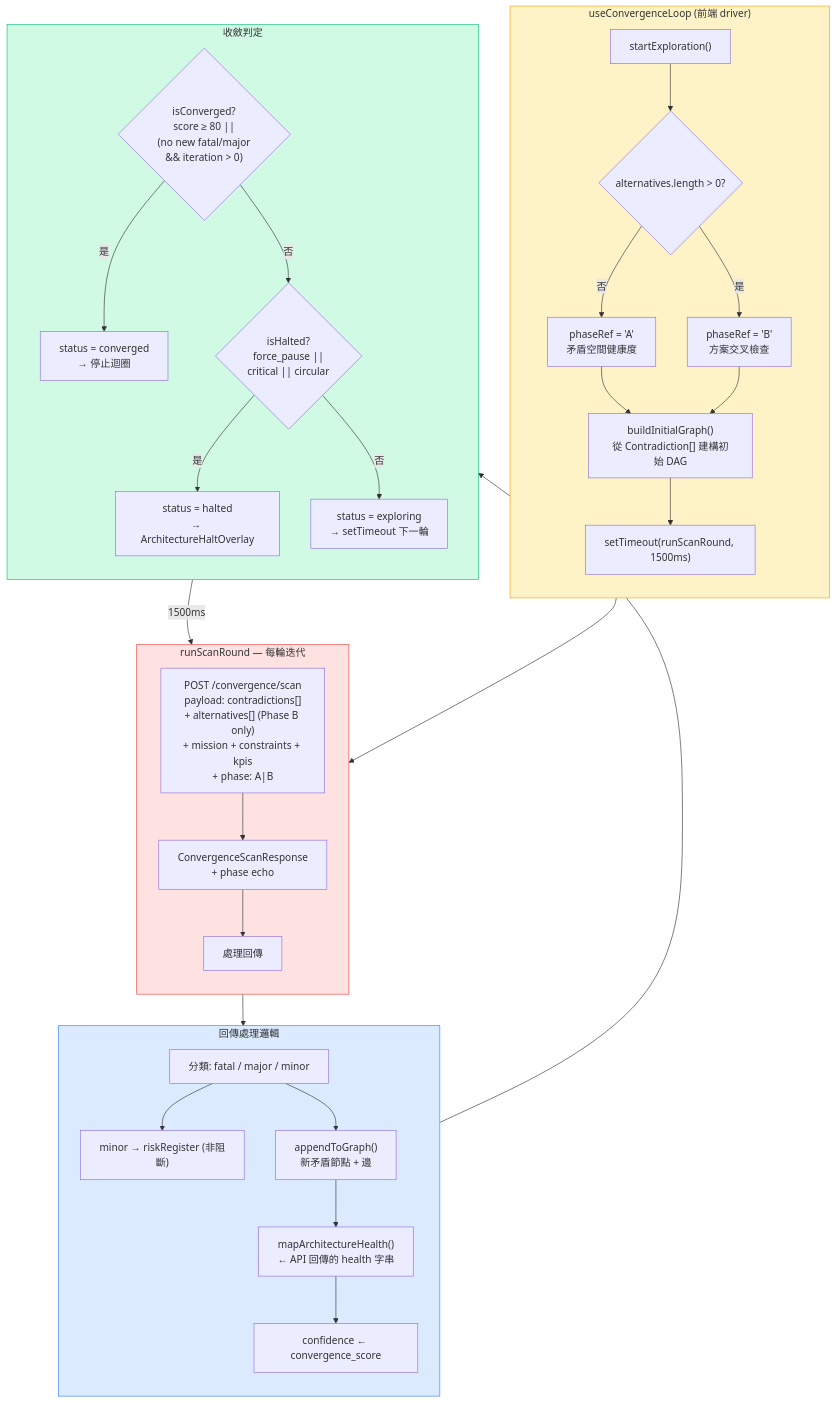
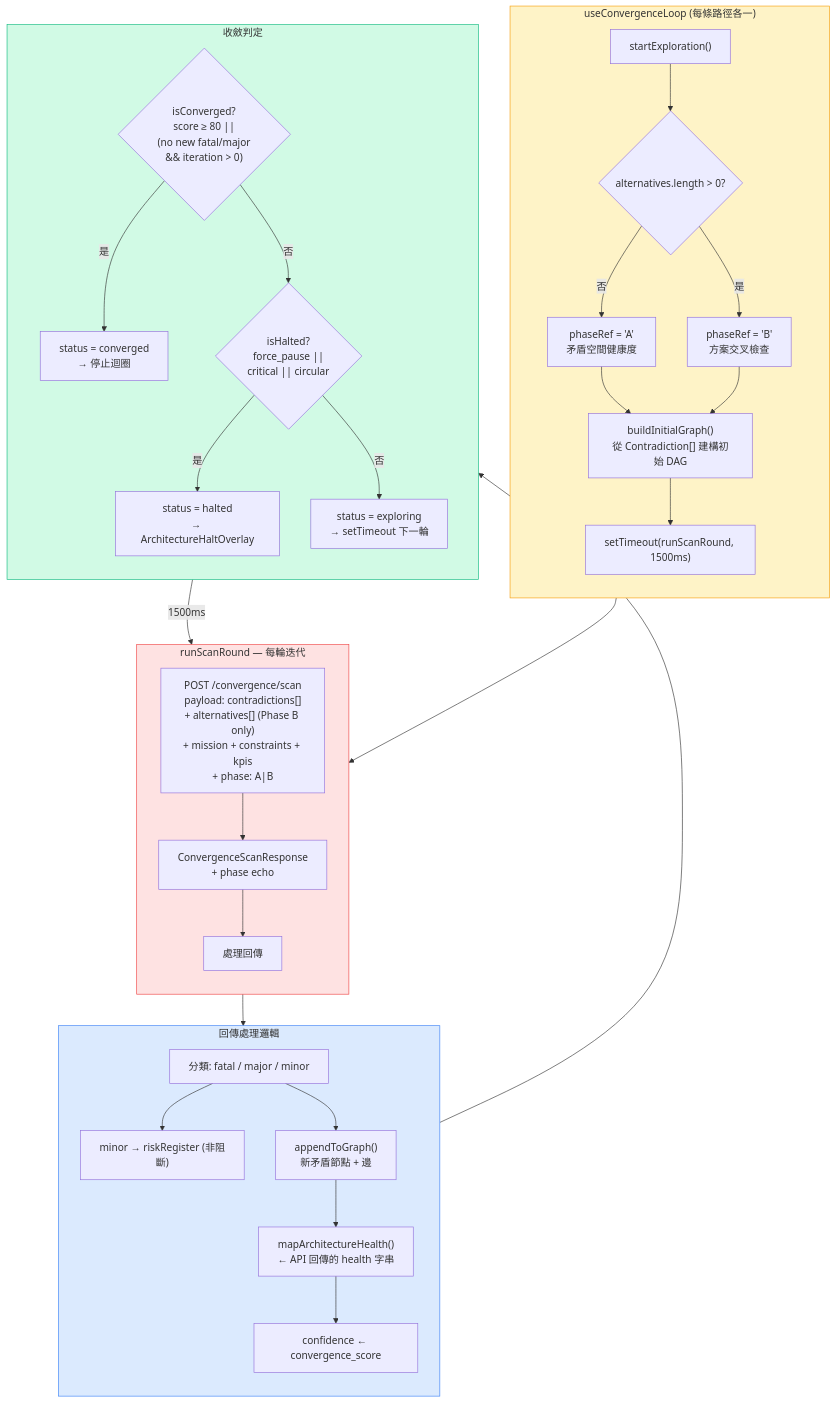
One commit to JIA-HONG-CHU/design-copilot-blueprint changed the third of 5 diagrams in docs/diagrams/triz-to-scamper-flow.md. Above: the diagram before and after it, drawn with Mermaid. The commit also changed other lines of this file and 1 other file, not shown here.

First line of the commit message:
docs: v6 dual-track independent analysis + decision hub architecture

````diff
--- a/docs/diagrams/triz-to-scamper-flow.md
+++ b/docs/diagrams/triz-to-scamper-flow.md
@@ -172,58 +120,58 @@
 ```mermaid
 flowchart TB
-    subgraph DRIVER["useConvergenceLoop (前端 driver)"]
+    subgraph DRIVER["useConvergenceLoop (每條路徑各一)"]
         direction TB
         START["startExploration()"]
         DETECT{"alternatives.length > 0?"}
         PHASE_A["phaseRef = 'A'<br/>矛盾空間健康度"]
         PHASE_B["phaseRef = 'B'<br/>方案交叉檢查"]
         BUILD["buildInitialGraph()<br/>從 Contradiction[] 建構初始 DAG"]
         SCHEDULE["setTimeout(runScanRound, 1500ms)"]
         START --> DETECT
         DETECT -->|"否"| PHASE_A --> BUILD
         DETECT -->|"是"| PHASE_B --> BUILD
         BUILD --> SCHEDULE
     end
 
     subgraph API_CALL["runScanRound — 每輪迭代"]
         direction TB
         REQ["POST /convergence/scan<br/>payload: contradictions[]<br/>+ alternatives[] (Phase B only)<br/>+ mission + constraints + kpis<br/>+ phase: A|B"]
         RES["ConvergenceScanResponse<br/>+ phase echo"]
         PROCESS["處理回傳"]
         REQ --> RES --> PROCESS
     end
 
     subgraph PROCESS_DETAIL["回傳處理邏輯"]
         direction TB
         P1["分類: fatal / major / minor"]
         P2["minor → riskRegister (非阻斷)"]
         P3["appendToGraph()<br/>新矛盾節點 + 邊"]
         P4["mapArchitectureHealth()<br/>← API 回傳的 health 字串"]
         P5["confidence ← convergence_score"]
         P1 --> P2
         P1 --> P3
         P3 --> P4 --> P5
     end
 
     subgraph DECIDE["收斂判定"]
         direction TB
         D1{"isConverged?<br/>score ≥ 80 ||<br/>(no new fatal/major<br/>&& iteration > 0)"}
         D2{"isHalted?<br/>force_pause ||<br/>critical || circular"}
         D3["status = converged<br/>→ 停止迴圈"]
         D4["status = halted<br/>→ ArchitectureHaltOverlay"]
         D5["status = exploring<br/>→ setTimeout 下一輪"]
         D1 -->|"是"| D3
         D1 -->|"否"| D2
         D2 -->|"是"| D4
         D2 -->|"否"| D5
         D5 -->|"1500ms"| REQ
     end
 
     SCHEDULE --> REQ
     PROCESS --> PROCESS_DETAIL --> DECIDE
 
     style DRIVER fill:#FEF3C7,stroke:#F59E0B
     style API_CALL fill:#FEE2E2,stroke:#EF4444
     style PROCESS_DETAIL fill:#DBEAFE,stroke:#3B82F6
     style DECIDE fill:#D1FAE5,stroke:#10B981
 ```
````
